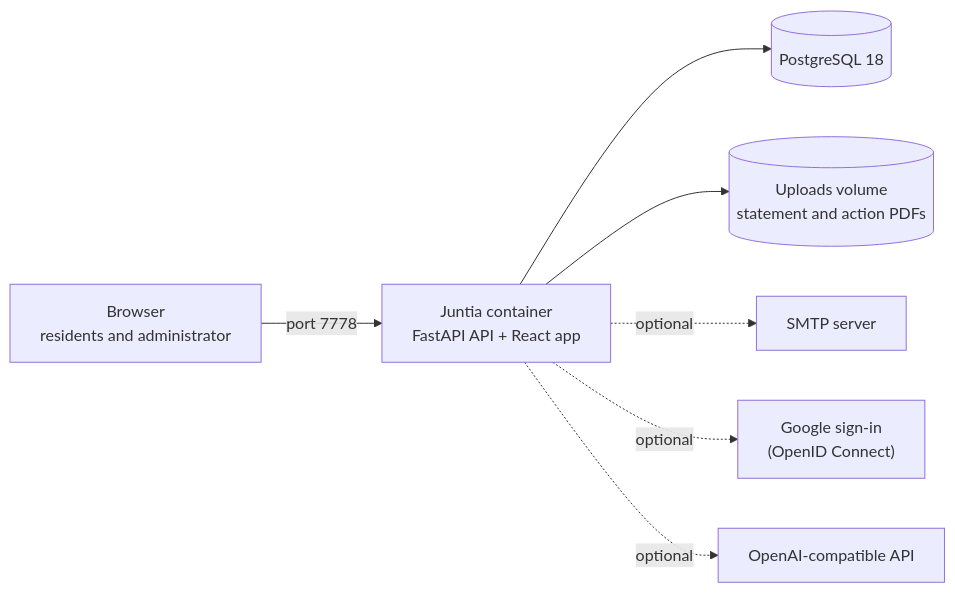
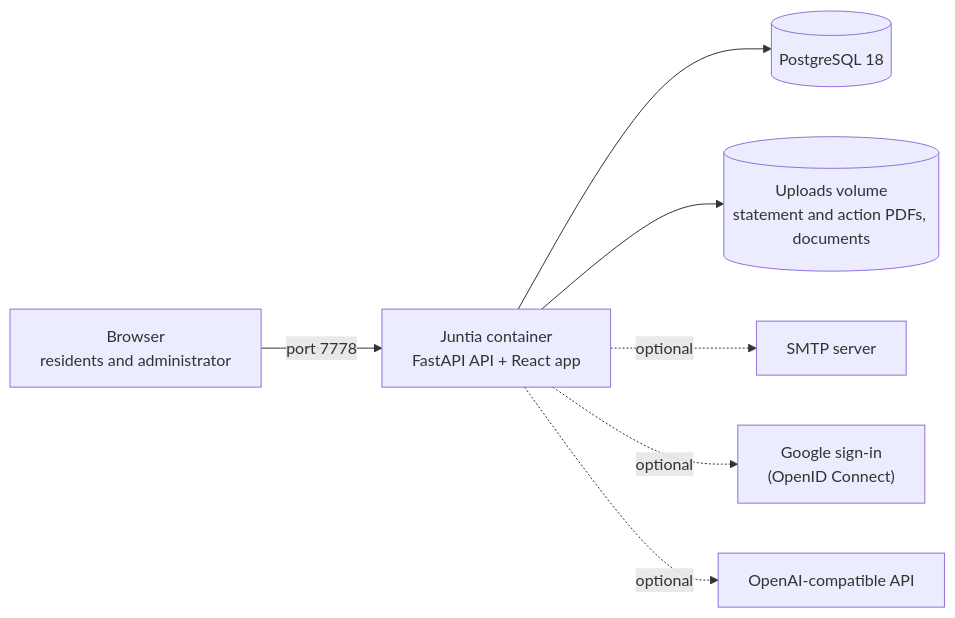
Before and after one commit to DrDonoso/juntia: the diagram in README.md, drawn with Mermaid. The commit also changed other lines of this file and 94 other files, not shown here.

````diff
--- a/README.md
+++ b/README.md
@@ -137,9 +141,9 @@
 ```mermaid
 flowchart LR
   browser["Browser<br/>residents and administrator"] -- "port 7778" --> app["Juntia container<br/>FastAPI API + React app"]
   app --> db[("PostgreSQL 18")]
-  app --> uploads[("Uploads volume<br/>statement and action PDFs")]
+  app --> uploads[("Uploads volume<br/>statement and action PDFs, documents")]
   app -. optional .-> smtp["SMTP server"]
   app -. optional .-> google["Google sign-in<br/>(OpenID Connect)"]
   app -. optional .-> ai["OpenAI-compatible API"]
 ```
````
